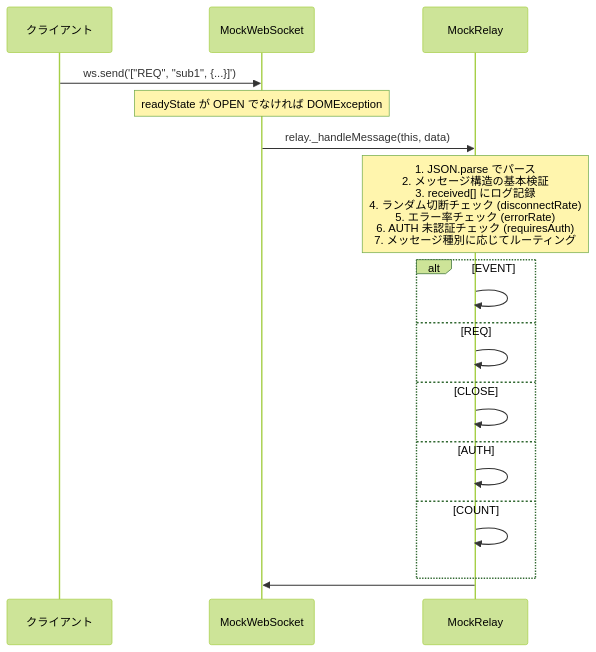
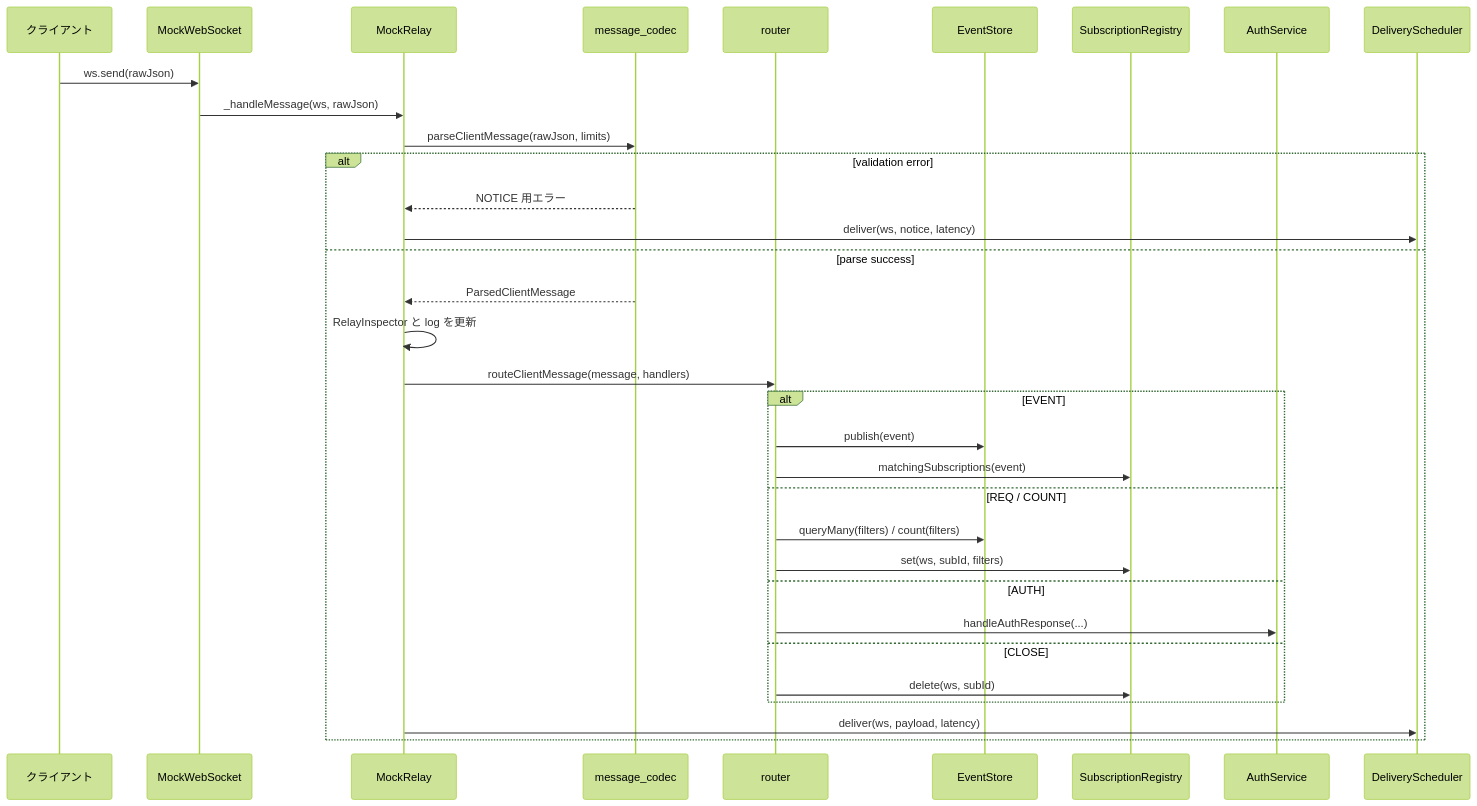
The third of 6 diagrams in docs/reference/architecture.md (ikuradon/tsunagiya), drawn with Mermaid (forest theme) before and after one commit. The commit also changed other lines of this file and 84 other files, not shown here.

````diff
--- a/docs/reference/architecture.md
+++ b/docs/reference/architecture.md
@@ -217,26 +171,39 @@
 ```mermaid
 sequenceDiagram
     participant C as クライアント
     participant MWS as MockWebSocket
     participant MR as MockRelay
+    participant Codec as message_codec
+    participant Router as router
+    participant Store as EventStore
+    participant Subs as SubscriptionRegistry
+    participant Auth as AuthService
+    participant Deliv as DeliveryScheduler
 
-    C->>MWS: ws.send('["REQ", "sub1", {...}]')
-    Note over MWS: readyState が OPEN でなければ DOMException
-    MWS->>MR: relay._handleMessage(this, data)
+    C->>MWS: ws.send(rawJson)
+    MWS->>MR: _handleMessage(ws, rawJson)
+    MR->>Codec: parseClientMessage(rawJson, limits)
 
-    Note over MR: 1. JSON.parse でパース<br>2. メッセージ構造の基本検証<br>3. received[] にログ記録<br>4. ランダム切断チェック (disconnectRate)<br>5. エラー率チェック (errorRate)<br>6. AUTH 未認証チェック (requiresAuth)<br>7. メッセージ種別に応じてルーティング
+    alt validation error
+        Codec-->>MR: NOTICE 用エラー
+        MR->>Deliv: deliver(ws, notice, latency)
+    else parse success
+        Codec-->>MR: ParsedClientMessage
+        MR->>MR: RelayInspector と log を更新
+        MR->>Router: routeClientMessage(message, handlers)
 
-    alt EVENT
-        MR->>MR: #handleEvent()
-    else REQ
-        MR->>MR: #handleReq()
-    else CLOSE
-        MR->>MR: #handleClose()
-    else AUTH
-        MR->>MR: #handleAuth()
-    else COUNT
-        MR->>MR: #handleCount()
+        alt EVENT
+            Router->>Store: publish(event)
+            Router->>Subs: matchingSubscriptions(event)
+        else REQ / COUNT
+            Router->>Store: queryMany(filters) / count(filters)
+            Router->>Subs: set(ws, subId, filters)
+        else AUTH
+            Router->>Auth: handleAuthResponse(...)
+        else CLOSE
+            Router->>Subs: delete(ws, subId)
+        end
+
+        MR->>Deliv: deliver(ws, payload, latency)
     end
-
-    MR->>MWS: #sendWithLatency(ws, response)
 ```
````
